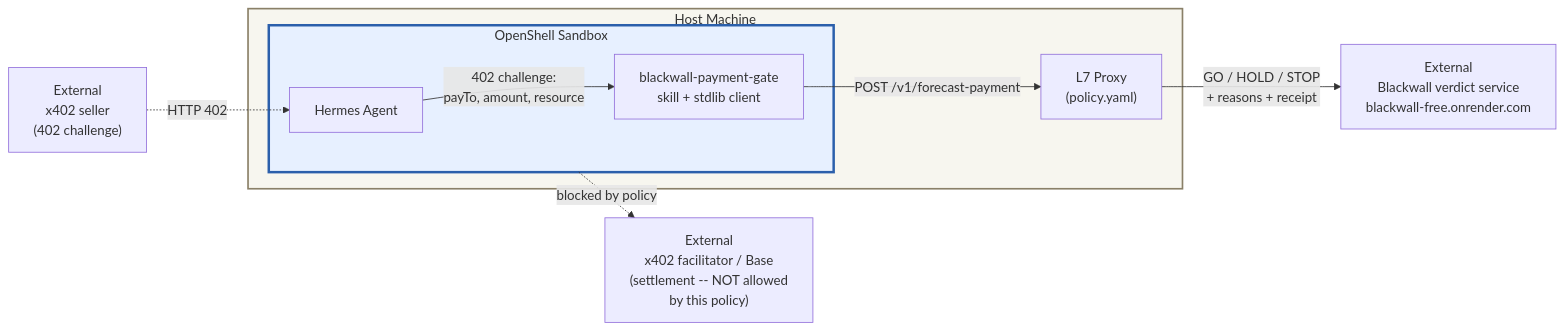
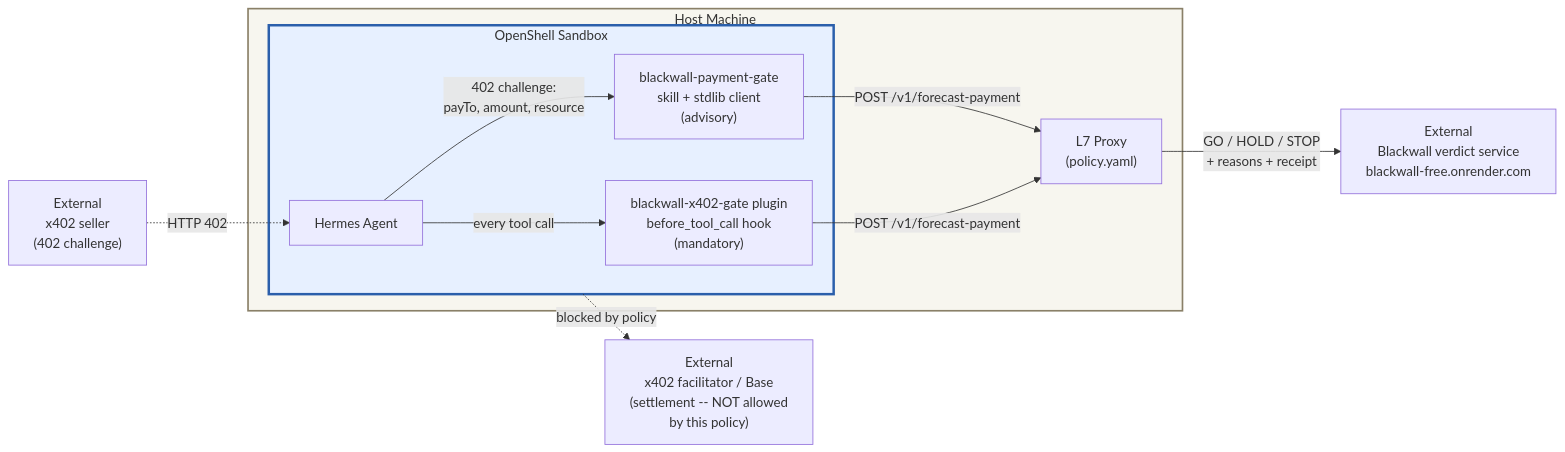
Before and after one commit to bluetieroperations-create/nemoclaw-community: the diagram in examples/blackwall-x402-payment-gate/README.md, drawn with Mermaid. The commit also changed other lines of this file and 7 other files, not shown here.

````diff
--- a/examples/blackwall-x402-payment-gate/README.md
+++ b/examples/blackwall-x402-payment-gate/README.md
@@ -21,23 +21,26 @@
 ```mermaid
 flowchart LR
     blackwall["External\nBlackwall verdict service\nblackwall-free.onrender.com"]
     seller["External\nx402 seller\n(402 challenge)"]
     chain["External\nx402 facilitator / Base\n(settlement -- NOT allowed\nby this policy)"]
 
     subgraph host["Host Machine"]
         subgraph sandbox["OpenShell Sandbox"]
             agent["Hermes Agent"]
-            skill["blackwall-payment-gate\nskill + stdlib client"]
+            skill["blackwall-payment-gate\nskill + stdlib client\n(advisory)"]
+            hook["blackwall-x402-gate plugin\nbefore_tool_call hook\n(mandatory)"]
             agent -->|"402 challenge:\npayTo, amount, resource"| skill
+            agent -->|"every tool call"| hook
         end
         proxy["L7 Proxy\n(policy.yaml)"]
         skill -->|"POST /v1/forecast-payment"| proxy
+        hook -->|"POST /v1/forecast-payment"| proxy
     end
 
     proxy -->|"GO / HOLD / STOP\n+ reasons + receipt"| blackwall
     seller -.->|"HTTP 402"| agent
     sandbox -. "blocked by policy" .-> chain
 
     style host fill:#f7f6ef,stroke:#8a8068,stroke-width:2px
     style sandbox fill:#e7f0ff,stroke:#2b5fab,stroke-width:3px
 ```
````
